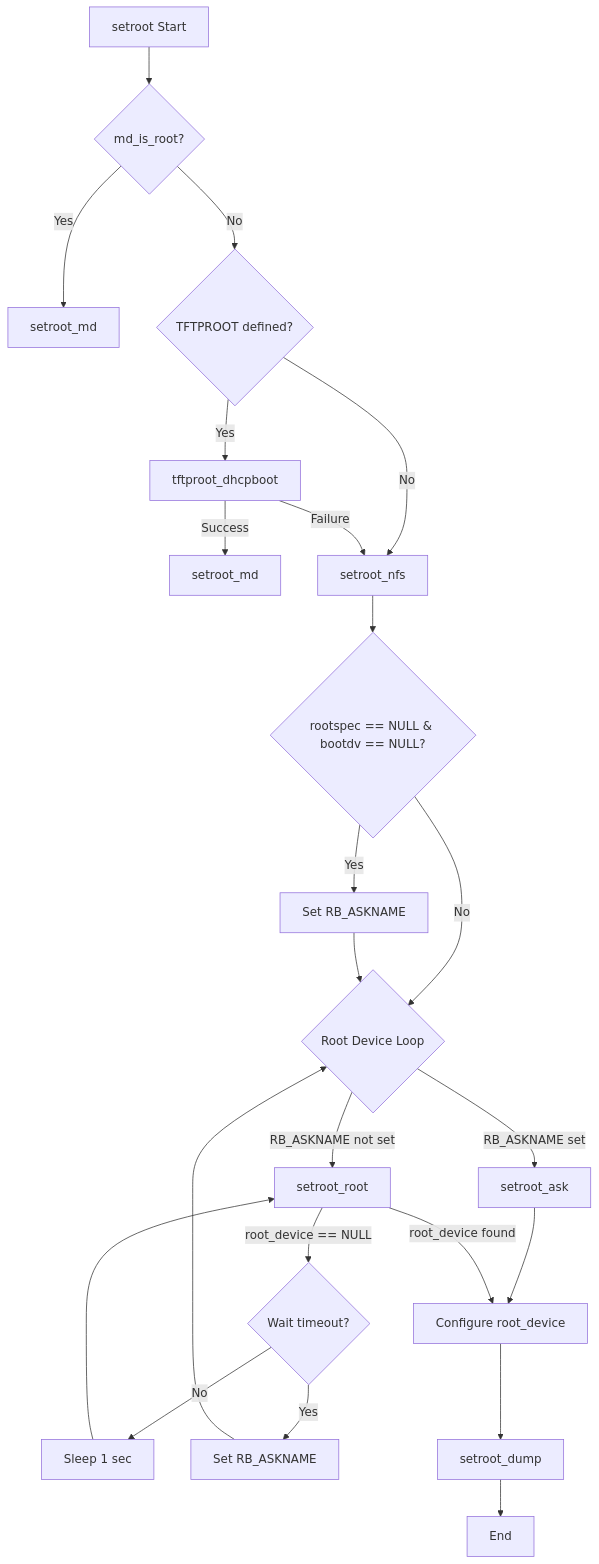
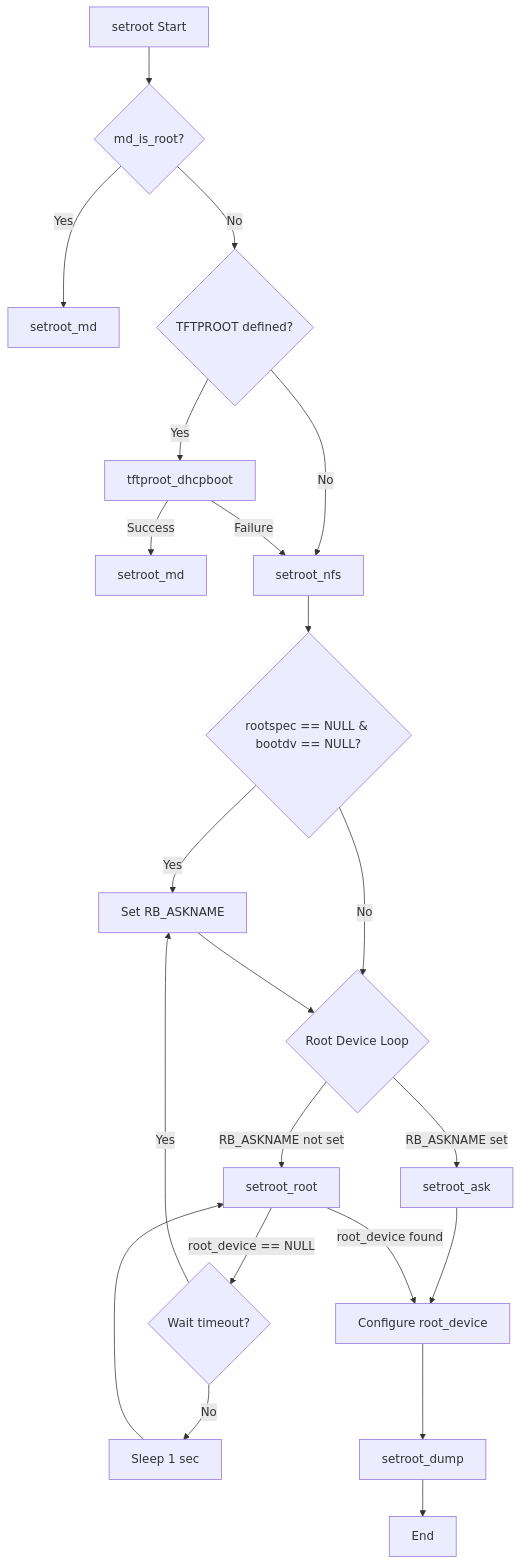
The first of 2 diagrams in setrootDocumentation.md (DiviyamPathak/Gsoc-2024-NetBSD), drawn with Mermaid before and after one commit.

Commit message:
remote O node directly point to I , not a different state pointed by chris

````diff
--- a/setrootDocumentation.md
+++ b/setrootDocumentation.md
@@ -2,32 +2,32 @@
 ```mermaid 
 flowchart TD  
     A[setroot Start] --> B{md_is_root?}  
     B -->|Yes| C[setroot_md]  
     B -->|No| D{TFTPROOT defined?}  
       
     D -->|Yes| E[tftproot_dhcpboot]  
     E -->|Success| F[setroot_md]  
     D -->|No| G[setroot_nfs]  
     E -->|Failure| G  
       
     G --> H{rootspec == NULL & bootdv == NULL?}  
     H -->|Yes| I[Set RB_ASKNAME]  
     H -->|No| J  
       
     I --> J{Root Device Loop}  
     J -->|RB_ASKNAME set| K[setroot_ask]  
     J -->|RB_ASKNAME not set| L[setroot_root]  
       
     L -->|root_device == NULL| M{Wait timeout?}  
     M -->|No| N[Sleep 1 sec]  
-    M -->|Yes| O[Set RB_ASKNAME]  
+    M -->|Yes| I
     N --> L  
-    O --> J  
+    
       
     K --> P[Configure root_device]  
     L -->|root_device found| P  
       
     P --> Q[setroot_dump]  
     Q --> R[End]
 
 ```
````
